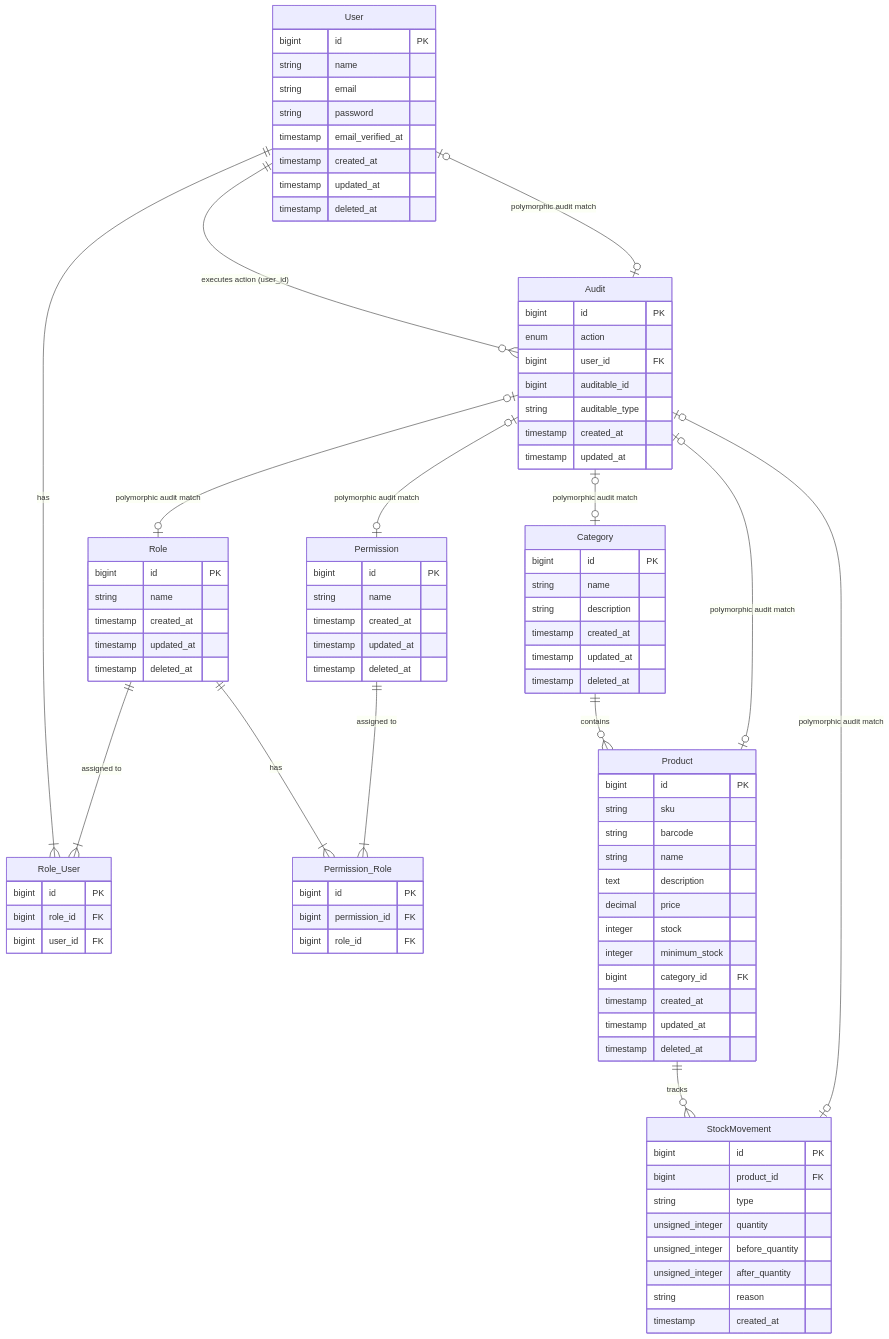
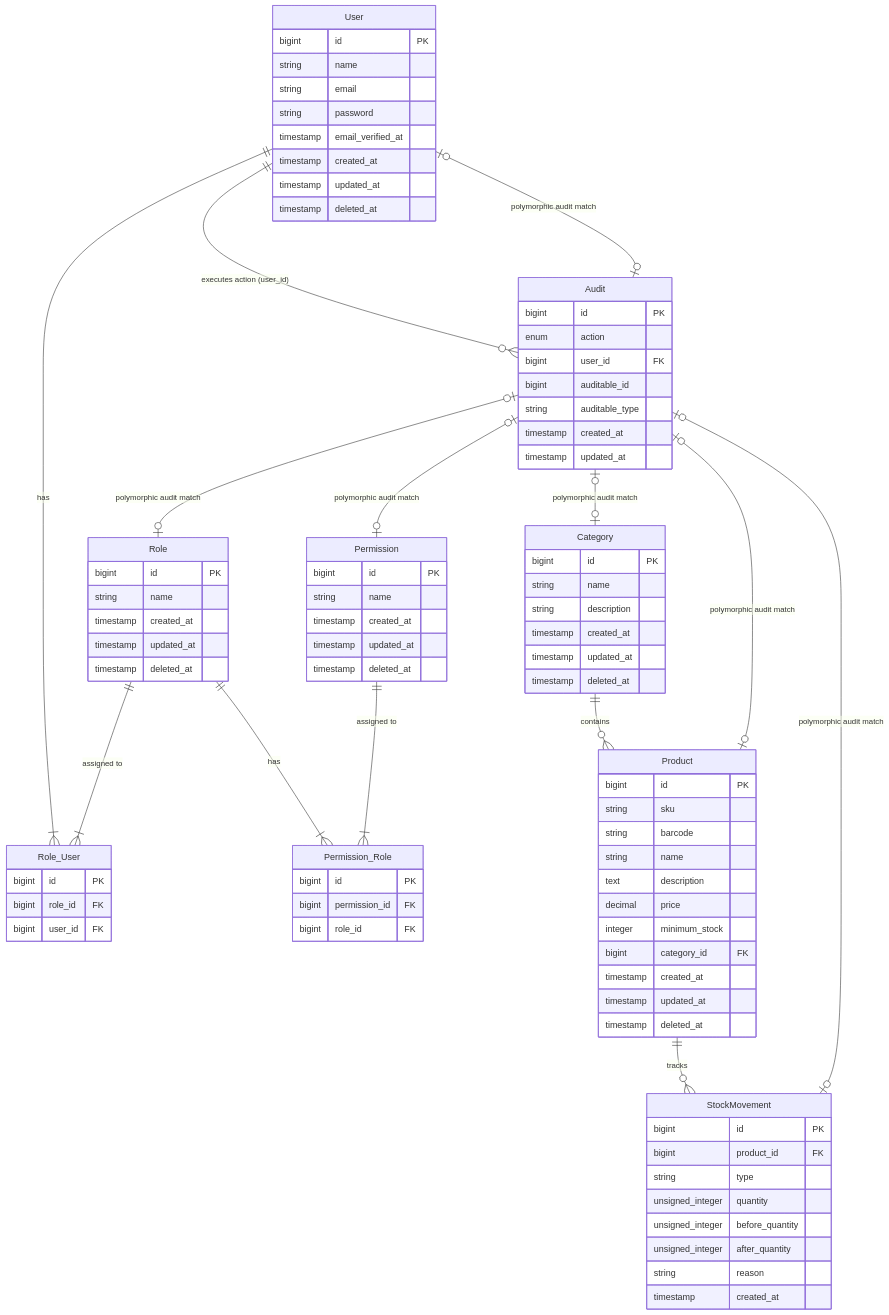
The diagram in README.md (SirCesarium/inventory-api), drawn with Mermaid before and after one commit. The commit also changed other lines of this file, not shown here.

Commit message:
docs: update README — stock no longer a stored column, computed from movements

```diff
--- a/README.md
+++ b/README.md
@@ -189,7 +189,6 @@
         string name
         text description
         decimal price
-        integer stock
         integer minimum_stock
         bigint category_id FK
         timestamp created_at
```
